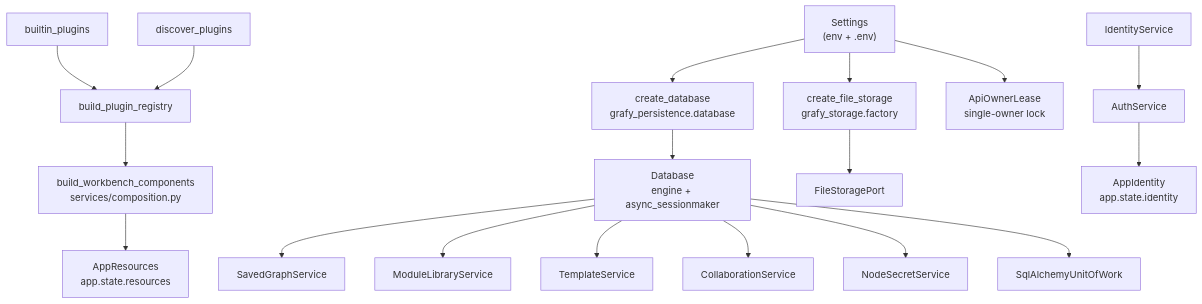
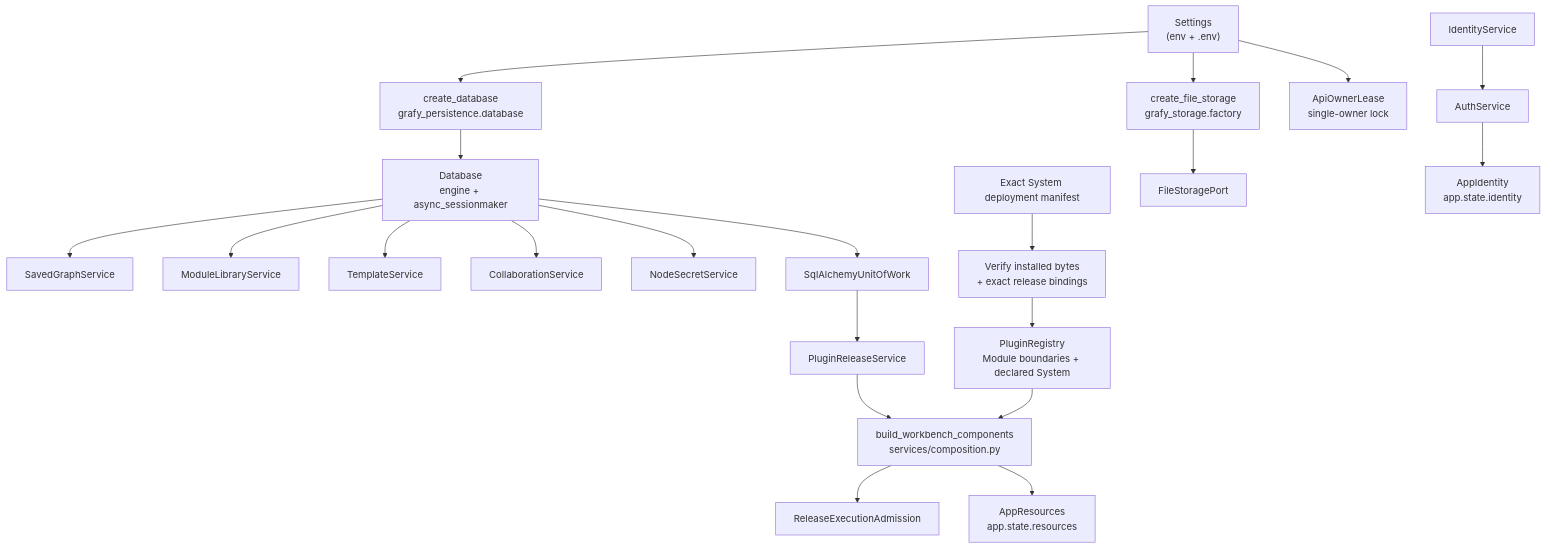
Before and after one commit to artpods56/KUL_IDUB_EcclesialSchematisms: the third of 13 diagrams in docs/design/backend-architecture.md, drawn with Mermaid. The commit also changed other lines of this file and 19 other files, not shown here.

Commit message:
docs(plugins): record unified release architecture and cutover

````diff
--- a/docs/design/backend-architecture.md
+++ b/docs/design/backend-architecture.md
@@ -129,24 +141,27 @@
 ```mermaid
 flowchart TB
     Settings["Settings\n(env + .env)"] --> Database["create_database\ngrafy_persistence.database"]
     Settings --> StorageFactory["create_file_storage\ngrafy_storage.factory"]
     Settings --> OwnerLease["ApiOwnerLease\nsingle-owner lock"]
 
     Database --> Db["Database\nengine + async_sessionmaker"]
     Db --> SavedGraphs["SavedGraphService"]
     Db --> ModuleLib["ModuleLibraryService"]
     Db --> Templates["TemplateService"]
     Db --> Collab["CollaborationService"]
     Db --> NodeSecrets["NodeSecretService"]
     Db --> UoW["SqlAlchemyUnitOfWork"]
 
-    builtin_plugins --> Registry["build_plugin_registry"]
-    discover_plugins --> Registry
+    HostManifest["Exact System deployment manifest"] --> HostVerify["Verify installed bytes\n+ exact release bindings"]
+    HostVerify --> Registry["PluginRegistry\nModule boundaries + declared System"]
     Registry --> Components["build_workbench_components\nservices/composition.py"]
+    UoW --> Releases["PluginReleaseService"]
+    Releases --> Components
+    Components --> Admission["ReleaseExecutionAdmission"]
 
     StorageFactory --> Storage["FileStoragePort"]
     Components --> AppResources["AppResources\napp.state.resources"]
 
     Identity["IdentityService"] --> Auth["AuthService"]
     Auth --> AppIdentity["AppIdentity\napp.state.identity"]
 ```
````
